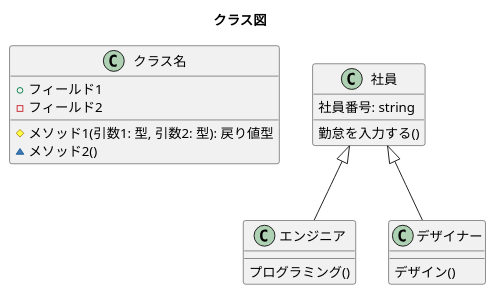
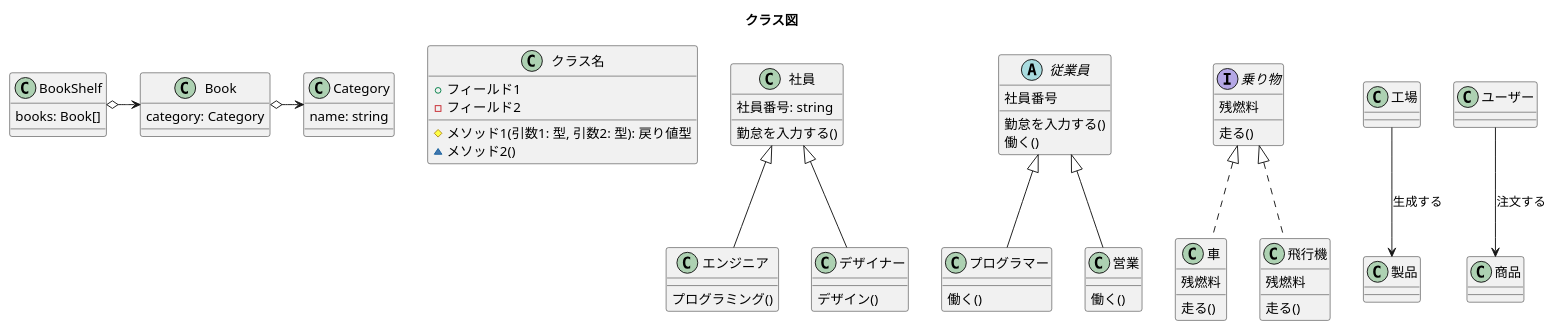
One commit to kugeke-ibex/typescript-solid-design-patterns changed the diagram in UML/Class/class.pu. Above: the diagram before and after it, drawn with PlantUML.

Commit message:
Basics of UML

```diff
--- a/UML/Class/class.pu
+++ b/UML/Class/class.pu
@@ -1,24 +1,93 @@
 @startuml
 title クラス図
 
 class クラス名 {
   + フィールド1 
   - フィールド2
   # メソッド1(引数1: 型, 引数2: 型): 戻り値型
   ~ メソッド2()
 }
 
+'継承
 class 社員 {
   社員番号: string
   勤怠を入力する()
 }
 
 class エンジニア extends 社員 {
   プログラミング()
 }
 
 class デザイナー extends 社員 {
   デザイン()
 }
 
+'抽象'
+abstract class 従業員 {
+  社員番号
+  勤怠を入力する()
+  働く()
+}
+
+class プログラマー extends 従業員 {
+  働く()
+}
+
+class 営業 extends 従業員 {
+  働く()
+}
+
+'インターフェース'
+interface 乗り物 {
+  残燃料
+  走る()
+}
+
+class 車 implements 乗り物 {
+  残燃料
+  走る()
+}
+
+class 飛行機 implements 乗り物 {
+  残燃料
+  走る()
+}
+
+'集約'
+class BookShelf {
+  books: Book[]
+}
+
+class Book {
+  category: Category
+}
+
+class Category {
+  name: string
+}
+
+BookShelf o-> Book
+Book o-> Category
+
+'関連'
+
+class 工場 {
+
+}
+
+class 製品 {
+
+}
+
+class ユーザー {
+
+}
+
+class 商品 {
+
+}
+
+工場 --> 製品 : 生成する
+ユーザー --> 商品 : 注文する
+
 @enduml
```
